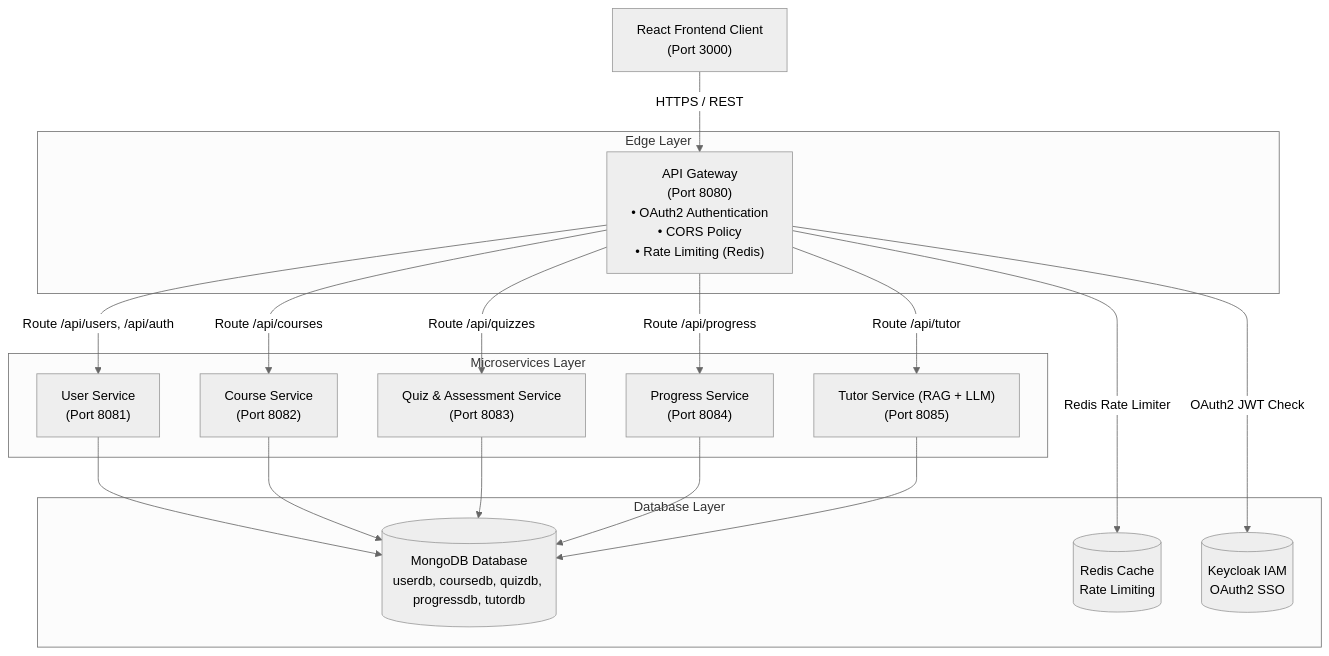
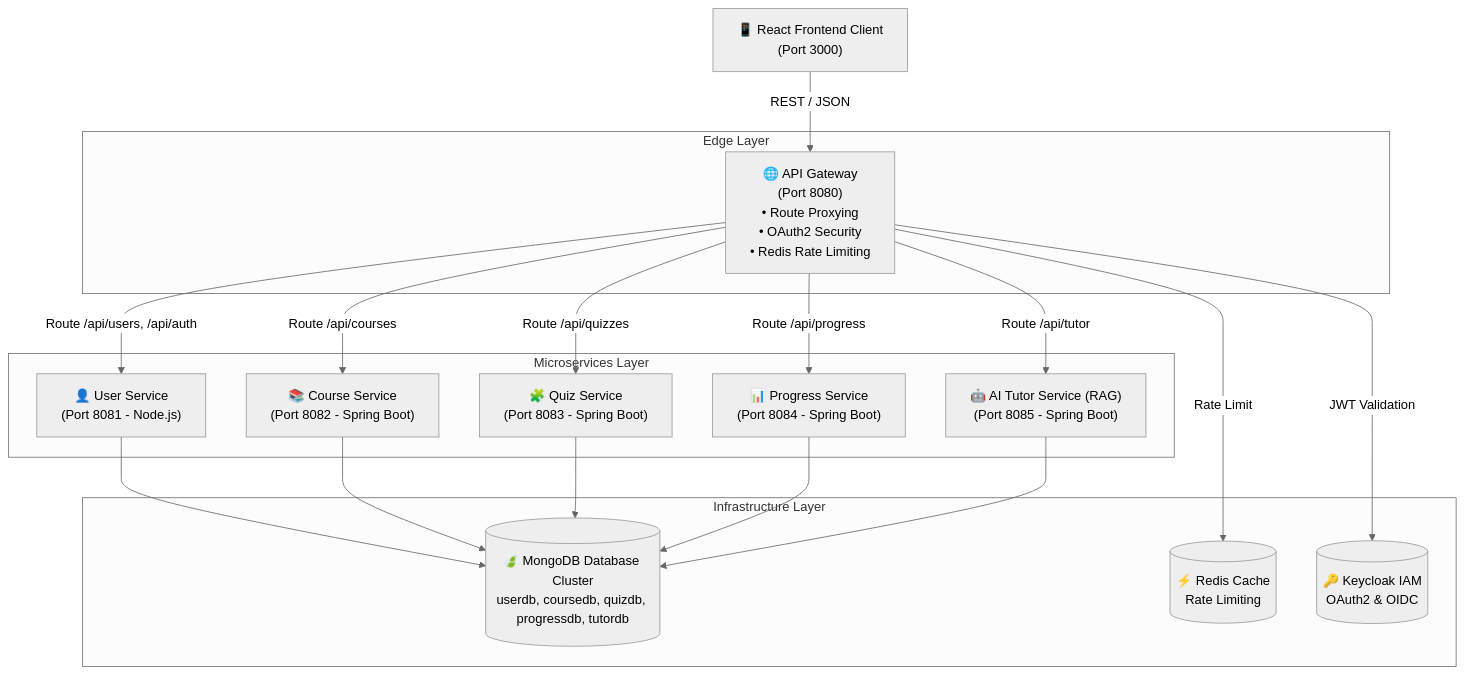
One commit to sachilz/intellitutor-platform changed the diagram in README.md. Above: the diagram before and after it, drawn with Mermaid (neutral theme). The commit also changed other lines of this file, not shown here.

Commit message:
docs: upgrade README.md with comprehensive architecture diagrams, microservice matrix, deployment instructions, and features breakdown

````diff
--- a/README.md
+++ b/README.md
@@ -29,37 +47,37 @@
 ```mermaid
 graph TD
-    Client["React Frontend Client\n(Port 3000)"]
+    Client["📱 React Frontend Client\n(Port 3000)"]
     
     subgraph Edge Layer
-        Gateway["API Gateway\n(Port 8080)\n• OAuth2 Authentication\n• CORS Policy\n• Rate Limiting (Redis)"]
+        Gateway["🌐 API Gateway\n(Port 8080)\n• Route Proxying\n• OAuth2 Security\n• Redis Rate Limiting"]
     end
     
     subgraph Microservices Layer
-        UserService["User Service\n(Port 8081)"]
-        CourseService["Course Service\n(Port 8082)"]
-        QuizService["Quiz & Assessment Service\n(Port 8083)"]
-        ProgressService["Progress Service\n(Port 8084)"]
-        TutorService["Tutor Service (RAG + LLM)\n(Port 8085)"]
+        UserService["👤 User Service\n(Port 8081 - Node.js)"]
+        CourseService["📚 Course Service\n(Port 8082 - Spring Boot)"]
+        QuizService["🧩 Quiz Service\n(Port 8083 - Spring Boot)"]
+        ProgressService["📊 Progress Service\n(Port 8084 - Spring Boot)"]
+        TutorService["🤖 AI Tutor Service (RAG)\n(Port 8085 - Spring Boot)"]
     end
     
-    subgraph Database Layer
-        MongoDB[(MongoDB Database\nuserdb, coursedb, quizdb, progressdb, tutordb)]
-        Redis[(Redis Cache\nRate Limiting)]
-        Keycloak[(Keycloak IAM\nOAuth2 SSO)]
+    subgraph Infrastructure Layer
+        MongoDB[(🍃 MongoDB Database Cluster\nuserdb, coursedb, quizdb, progressdb, tutordb)]
+        Redis[(⚡ Redis Cache\nRate Limiting)]
+        Keycloak[(🔑 Keycloak IAM\nOAuth2 & OIDC)]
     end
 
-    Client -->|HTTPS / REST| Gateway
-    Gateway -->|Redis Rate Limiter| Redis
-    Gateway -->|OAuth2 JWT Check| Keycloak
+    Client -->|REST / JSON| Gateway
+    Gateway -->|Rate Limit| Redis
+    Gateway -->|JWT Validation| Keycloak
     Gateway -->|Route /api/users, /api/auth| UserService
     Gateway -->|Route /api/courses| CourseService
     Gateway -->|Route /api/quizzes| QuizService
     Gateway -->|Route /api/progress| ProgressService
     Gateway -->|Route /api/tutor| TutorService
 
     UserService --> MongoDB
     CourseService --> MongoDB
     QuizService --> MongoDB
     ProgressService --> MongoDB
     TutorService --> MongoDB
 ```
````
